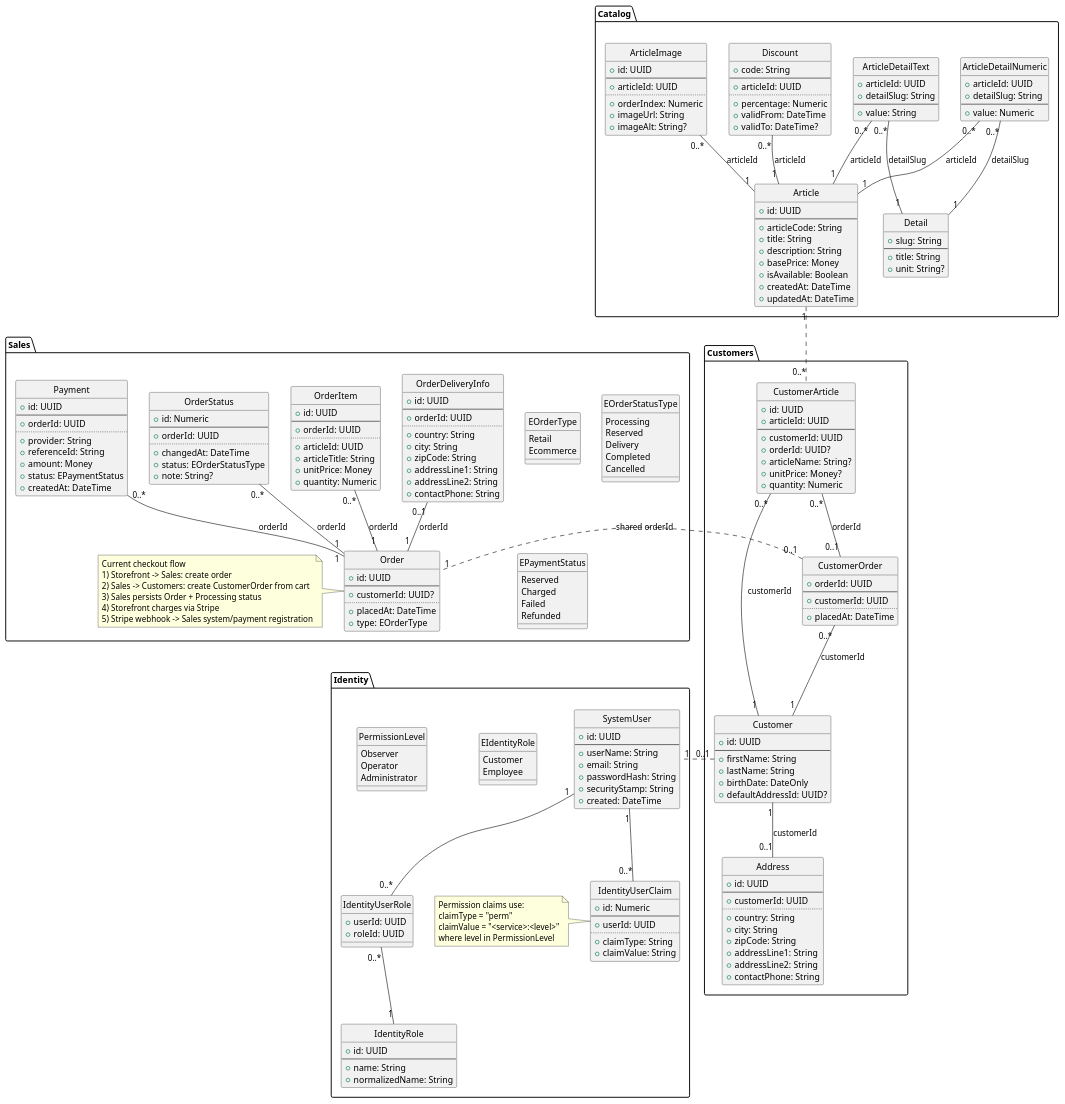
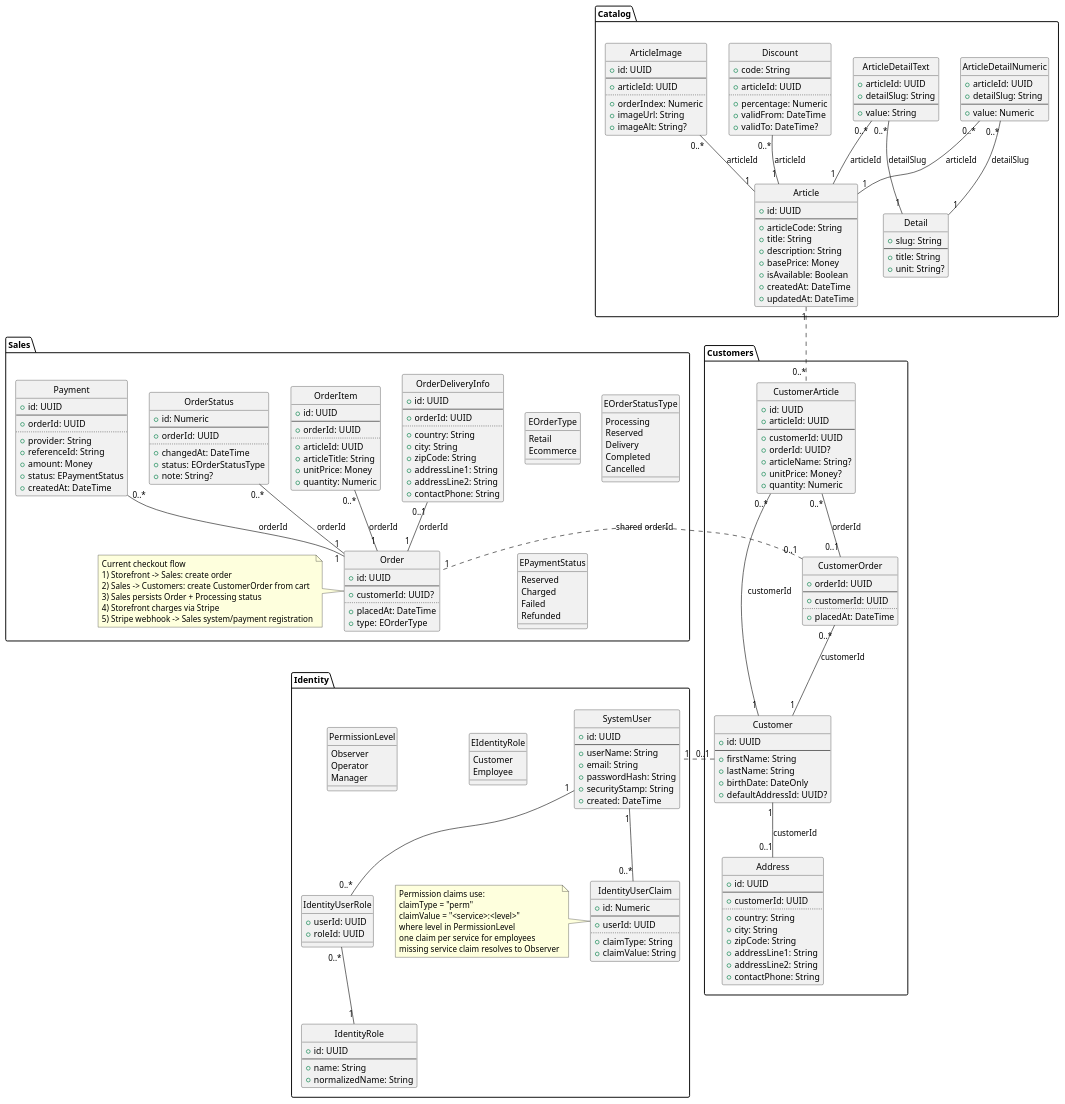
Before and after one commit to draganovik/matterway: the diagram in docs/HLD Platform - Class Diagram.puml, drawn with PlantUML. The commit also changed 82 other files, not shown here.

```diff
--- a/docs/HLD Platform - Class Diagram.puml
+++ b/docs/HLD Platform - Class Diagram.puml
@@ -11,7 +11,7 @@
   enum PermissionLevel {
     Observer
     Operator
-    Administrator
+    Manager
   }
 
   class SystemUser {
@@ -50,6 +50,8 @@
     claimType = "perm"
     claimValue = "<service>:<level>"
     where level in PermissionLevel
+    one claim per service for employees
+    missing service claim resolves to Observer
   end note
 
   SystemUser "1" -- "0..*" IdentityUserClaim
```
